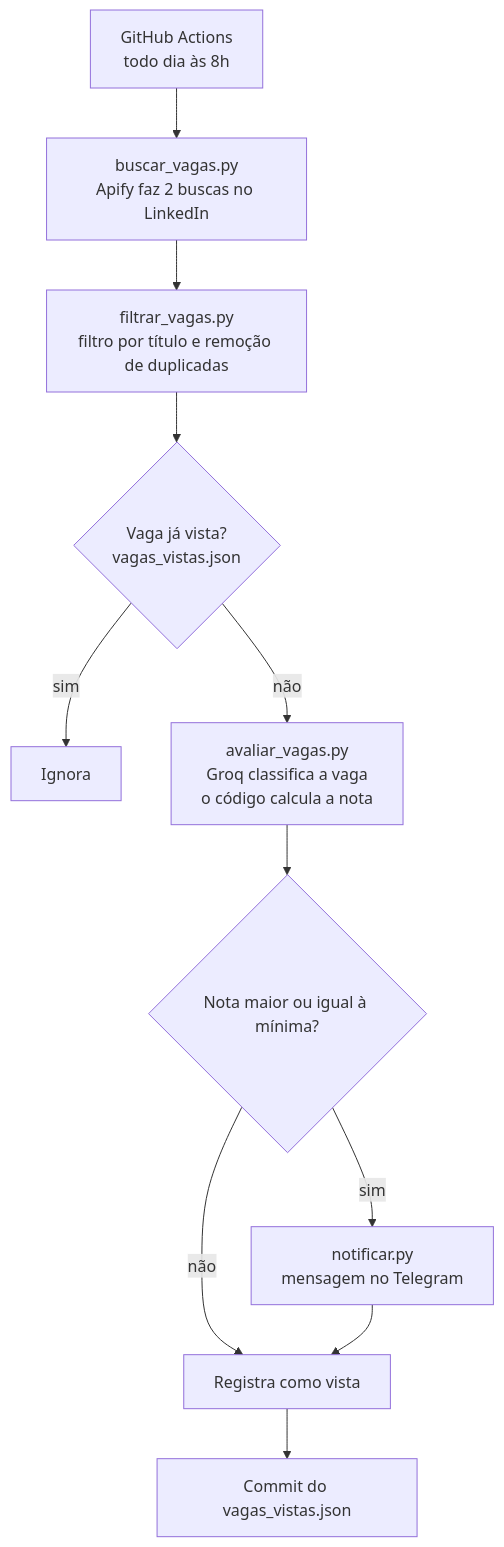
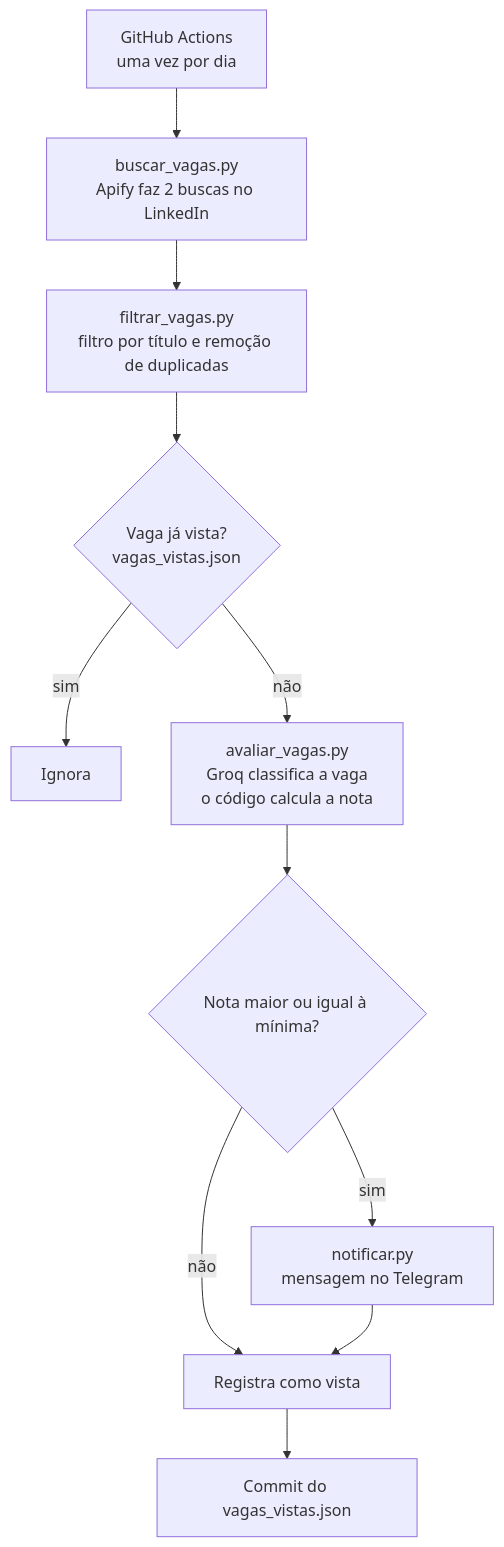
One commit to laisbrme/robo-vagas-linkedin changed the diagram in docs/documentacao.md. Above: the diagram before and after it, drawn with Mermaid. The commit also changed other lines of this file and 1 other file, not shown here.

Commit message:
📝 docs: remove a promessa de horário exato da execução agendada

````diff
--- a/docs/documentacao.md
+++ b/docs/documentacao.md
@@ -35,13 +35,13 @@
 ```mermaid
 flowchart TD
-    A["GitHub Actions<br/>todo dia às 8h"] --> B["buscar_vagas.py<br/>Apify faz 2 buscas no LinkedIn"]
+    A["GitHub Actions<br/>uma vez por dia"] --> B["buscar_vagas.py<br/>Apify faz 2 buscas no LinkedIn"]
     B --> C["filtrar_vagas.py<br/>filtro por título e remoção de duplicadas"]
     C --> D{"Vaga já vista?<br/>vagas_vistas.json"}
     D -- sim --> X["Ignora"]
     D -- não --> E["avaliar_vagas.py<br/>Groq classifica a vaga<br/>o código calcula a nota"]
     E --> F{"Nota maior ou igual à mínima?"}
     F -- não --> G["Registra como vista"]
     F -- sim --> H["notificar.py<br/>mensagem no Telegram"]
     H --> G
     G --> I["Commit do vagas_vistas.json"]
 ```
````
